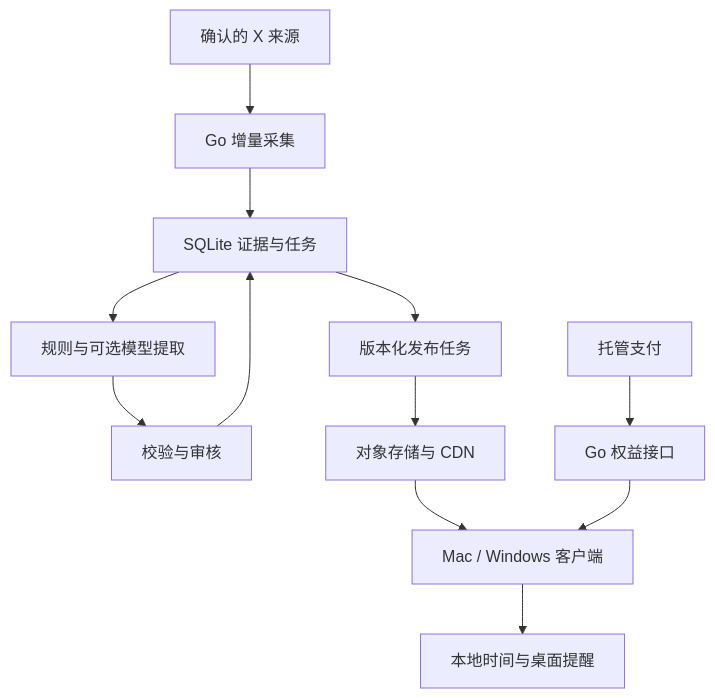
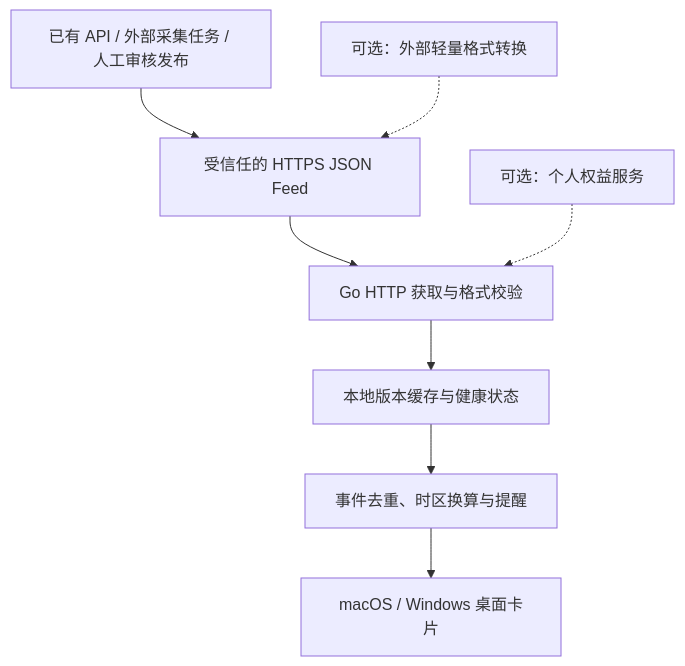
The diagram in docs/plans/desktop-reset-clock.md (shopable-ai/opendesk), drawn with Mermaid before and after one commit. The commit also changed other lines of this file and 2 other files, not shown here.

Commit message:
docs: simplify reset clock to external HTTP feed and freshness monitoring

```diff
--- a/docs/plans/desktop-reset-clock.md
+++ b/docs/plans/desktop-reset-clock.md
@@ -181,14 +211,10 @@
 ~~~mermaid
 flowchart TD
-    X["确认的 X 来源"] --> C["Go 增量采集"]
-    C --> S["SQLite 证据与任务"]
-    S --> E["规则与可选模型提取"]
-    E --> V["校验与审核"]
-    V --> S
-    S --> P["版本化发布任务"]
-    P --> F["对象存储与 CDN"]
-    F --> D["Mac / Windows 客户端"]
-    D --> T["本地时间与桌面提醒"]
-    B["托管支付"] --> A["Go 权益接口"]
-    A --> D
+    A["已有 API / 外部采集任务 / 人工审核发布"] --> F["受信任的 HTTPS JSON Feed"]
+    F --> H["Go HTTP 获取与格式校验"]
+    H --> C["本地版本缓存与健康状态"]
+    C --> R["事件去重、时区换算与提醒"]
+    R --> U["macOS / Windows 桌面卡片"]
+    P["可选：个人权益服务"] -.-> H
+    N["可选：外部轻量格式转换"] -.-> F
 ~~~
```
